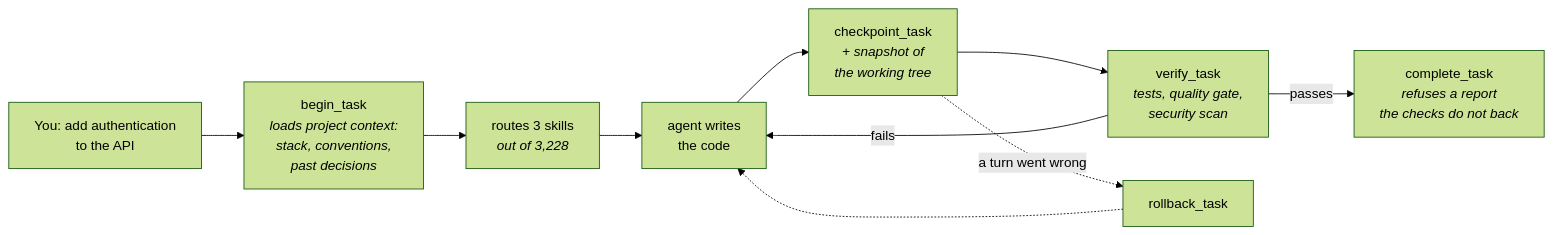
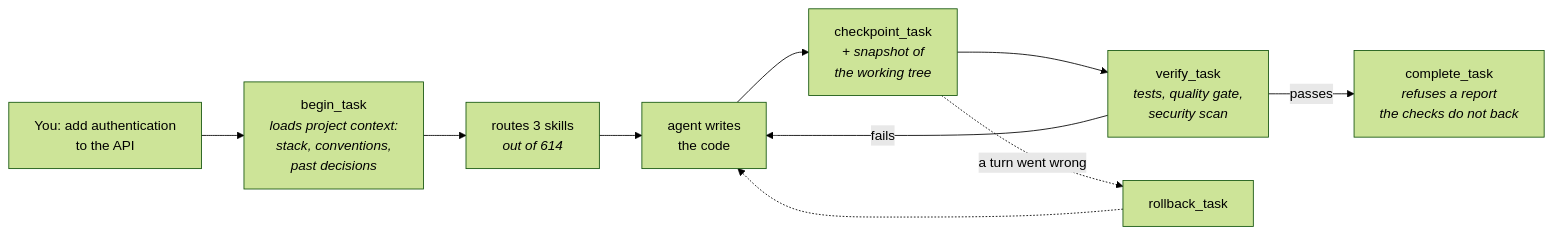
Before and after one commit to BreezeAreaSay/ai-dev-system: the first of 2 diagrams in README.md, drawn with Mermaid (forest theme). The commit also changed other lines of this file and 2622 other files, not shown here.

````diff
--- a/README.md
+++ b/README.md
@@ -36,12 +36,12 @@
 ```mermaid
 flowchart LR
     A["You: add authentication<br/>to the API"] --> B["begin_task<br/><i>loads project context:<br/>stack, conventions,<br/>past decisions</i>"]
-    B --> C["routes 3 skills<br/><i>out of 3,228</i>"]
+    B --> C["routes 3 skills<br/><i>out of 614</i>"]
     C --> D["agent writes<br/>the code"]
     D --> E["checkpoint_task<br/><i>+ snapshot of<br/>the working tree</i>"]
     E --> F["verify_task<br/><i>tests, quality gate,<br/>security scan</i>"]
     F -->|fails| D
     F -->|passes| G["complete_task<br/><i>refuses a report<br/>the checks do not back</i>"]
     E -.->|a turn went wrong| H["rollback_task"]
     H -.-> D
 ```
````
